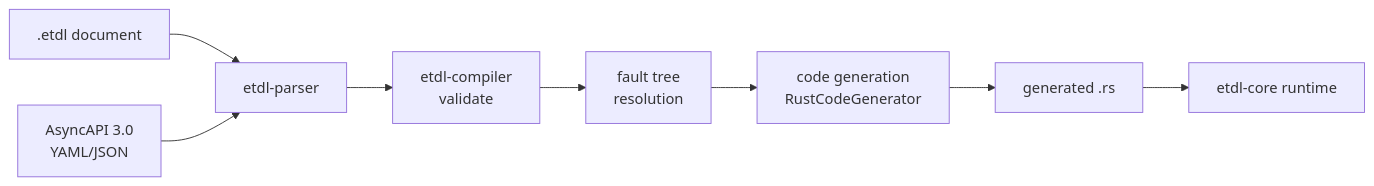
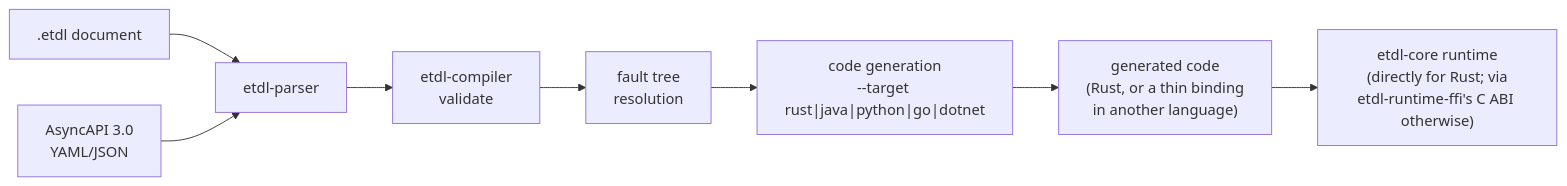
Before and after one commit to ETDL-lang/etdl: the diagram in docs/architecture.md, drawn with Mermaid. The commit also changed other lines of this file and 91 other files, not shown here.

````diff
--- a/docs/architecture.md
+++ b/docs/architecture.md
@@ -7,10 +7,10 @@
 ```mermaid
 flowchart LR
     S[".etdl document"] --> P["etdl-parser"]
     AA["AsyncAPI 3.0<br/>YAML/JSON"] --> P
     P --> V["etdl-compiler<br/>validate"]
     V --> FT["fault tree<br/>resolution"]
-    FT --> CG["code generation<br/>RustCodeGenerator"]
-    CG --> GEN["generated .rs"]
-    GEN --> CORE["etdl-core runtime"]
+    FT --> CG["code generation<br/>--target rust|java|python|go|dotnet"]
+    CG --> GEN["generated code<br/>(Rust, or a thin binding<br/>in another language)"]
+    GEN --> CORE["etdl-core runtime<br/>(directly for Rust; via<br/>etdl-runtime-ffi's C ABI otherwise)"]
 ```
````
